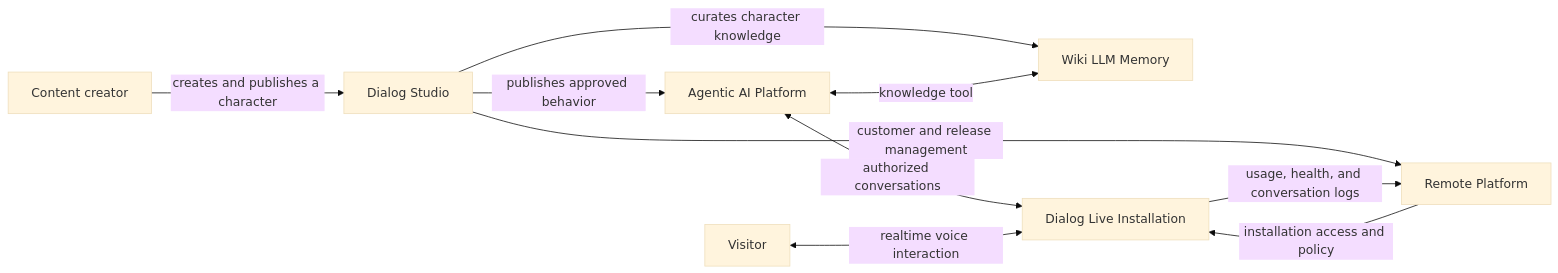
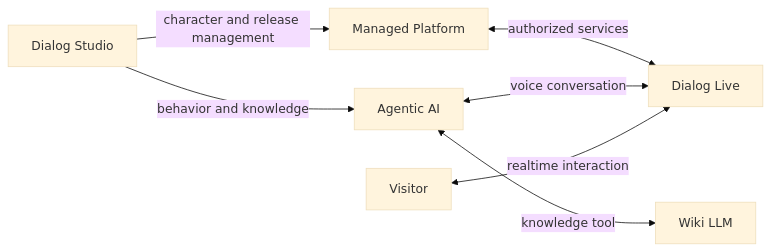
The diagram in README.md (amizzan84-lab/dialog-live-showcase), drawn with Mermaid (base theme) before and after one commit. The commit also changed other lines of this file and 1 other file, not shown here.

````diff
--- a/README.md
+++ b/README.md
@@ -91,20 +67,16 @@
 ```mermaid
 flowchart LR
-    CREATOR["Content creator"]
     STUDIO["Dialog Studio"]
-    AGENTS["Agentic AI Platform"]
-    WIKI["Wiki LLM Memory"]
-    PLATFORM["Remote Platform"]
-    LIVE["Dialog Live Installation"]
-    VISITOR["Visitor"]
+    AGENT["Agentic AI"]
+    WIKI["Wiki LLM"]
+    VPS["Managed Platform"]
+    LIVE["Dialog Live"]
+    USER["Visitor"]
 
-    CREATOR -->|"creates and publishes a character"| STUDIO
-    STUDIO -->|"publishes approved behavior"| AGENTS
-    STUDIO -->|"curates character knowledge"| WIKI
-    STUDIO -->|"customer and release management"| PLATFORM
-    AGENTS <-->|"knowledge tool"| WIKI
-    AGENTS <-->|"authorized conversations"| LIVE
-    PLATFORM -->|"installation access and policy"| LIVE
-    VISITOR <-->|"realtime voice interaction"| LIVE
-    LIVE -->|"usage, health, and conversation logs"| PLATFORM
+    STUDIO -->|"character and release management"| VPS
+    STUDIO -->|"behavior and knowledge"| AGENT
+    AGENT <-->|"knowledge tool"| WIKI
+    VPS <-->|"authorized services"| LIVE
+    AGENT <-->|"voice conversation"| LIVE
+    USER <-->|"realtime interaction"| LIVE
 ```
````
